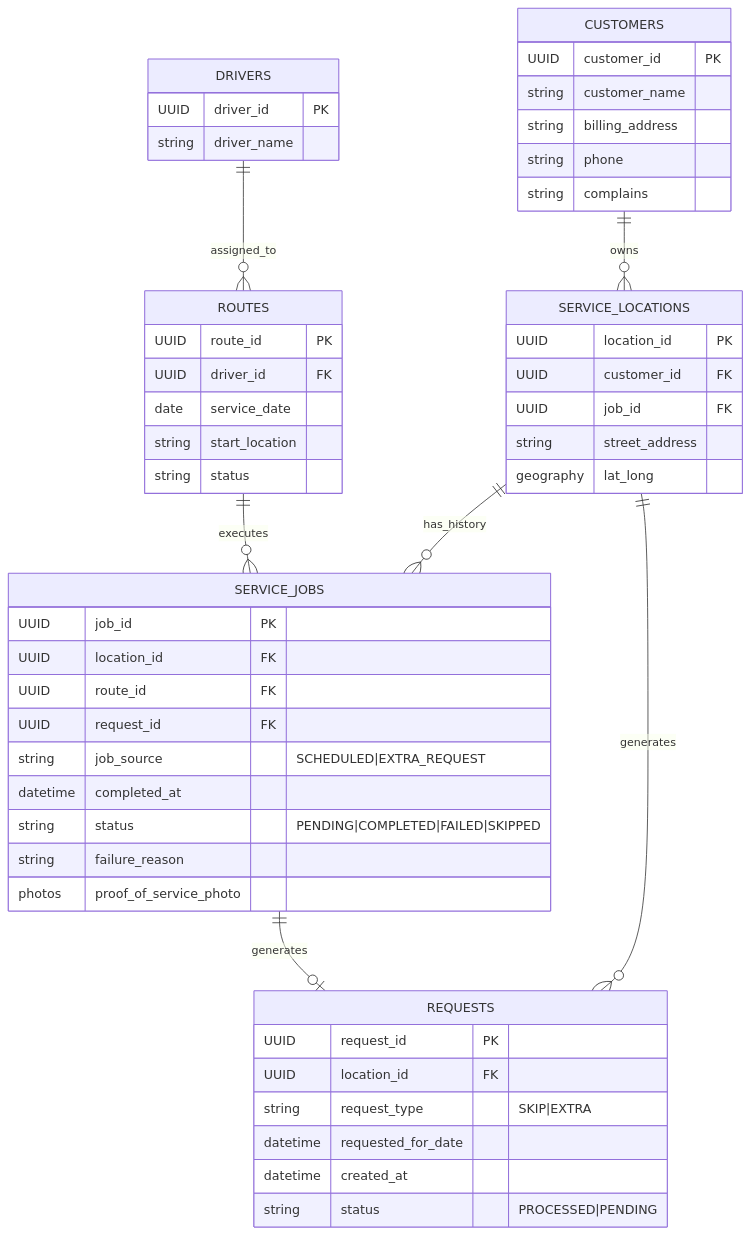
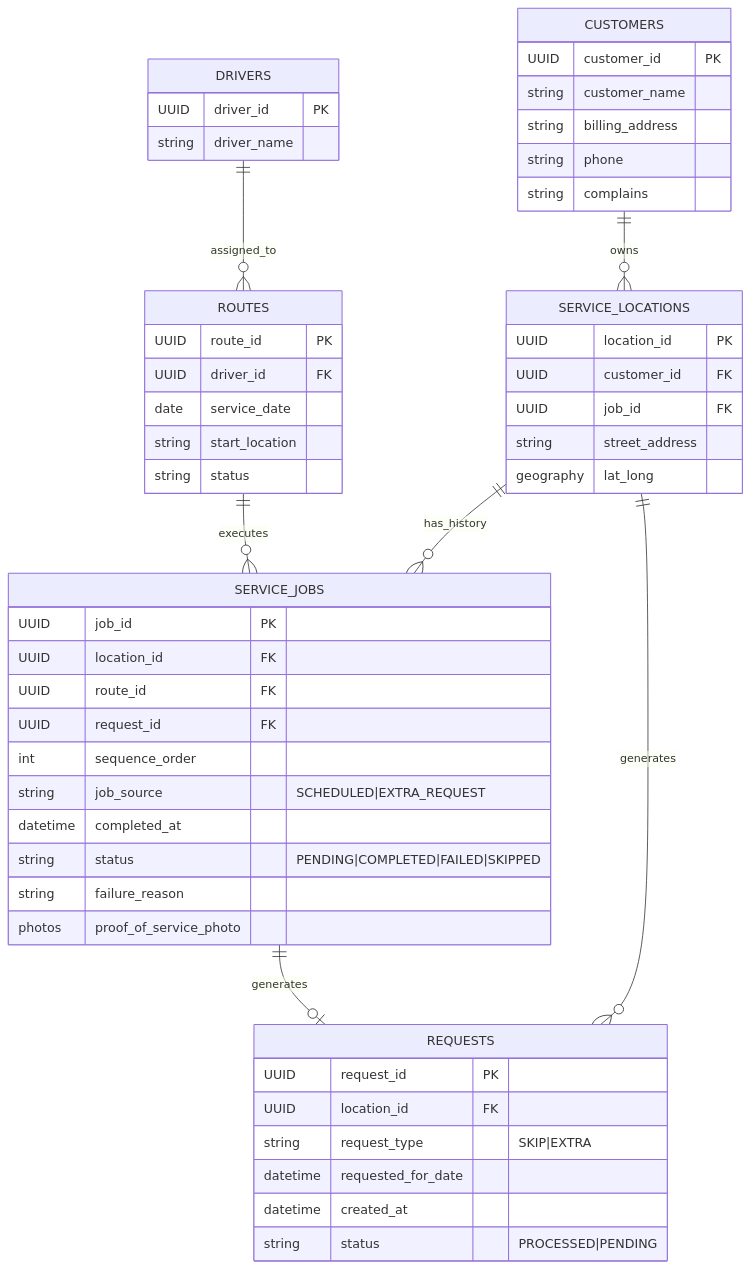
Before and after one commit to Demonico/dsd-feb-26-cohort: the diagram in erd.md, drawn with Mermaid.

Commit message:
add sequence_order to SERVICE_JOBS

````diff
--- a/erd.md
+++ b/erd.md
@@ -1,61 +1,62 @@
 ```mermaid
 erDiagram
     CUSTOMERS {
         UUID customer_id PK
         string customer_name
         string billing_address
         string phone
         string complains
     }
 
     SERVICE_LOCATIONS {
         UUID location_id PK
         UUID customer_id FK
         UUID job_id FK
         string street_address
         geography lat_long
     }
 
     DRIVERS {
         UUID driver_id PK
         string driver_name
     }
 
     %% Dynamic / Daily Data
     ROUTES {
         UUID route_id PK
         UUID driver_id FK
         date service_date
         string start_location
         string status
     }
 
     SERVICE_JOBS {
         UUID job_id PK
         UUID location_id FK
         UUID route_id FK
         UUID request_id FK
+        int sequence_order
         string job_source "SCHEDULED|EXTRA_REQUEST"
         datetime completed_at
         string status "PENDING|COMPLETED|FAILED|SKIPPED"
         string failure_reason
         photos proof_of_service_photo
     }
 
     REQUESTS {
         UUID request_id PK
         UUID location_id FK
         string request_type "SKIP|EXTRA"
         datetime requested_for_date
         datetime created_at
         string status "PROCESSED|PENDING"
     }
 
     %% Relationships
     CUSTOMERS ||--o{ SERVICE_LOCATIONS : "owns"
     DRIVERS ||--o{ ROUTES : "assigned_to"
     ROUTES ||--o{ SERVICE_JOBS : "executes"
     SERVICE_JOBS ||--o| REQUESTS : "generates"
     SERVICE_LOCATIONS ||--o{ SERVICE_JOBS : "has_history"
     SERVICE_LOCATIONS ||--o{ REQUESTS : "generates"
 ```
````
